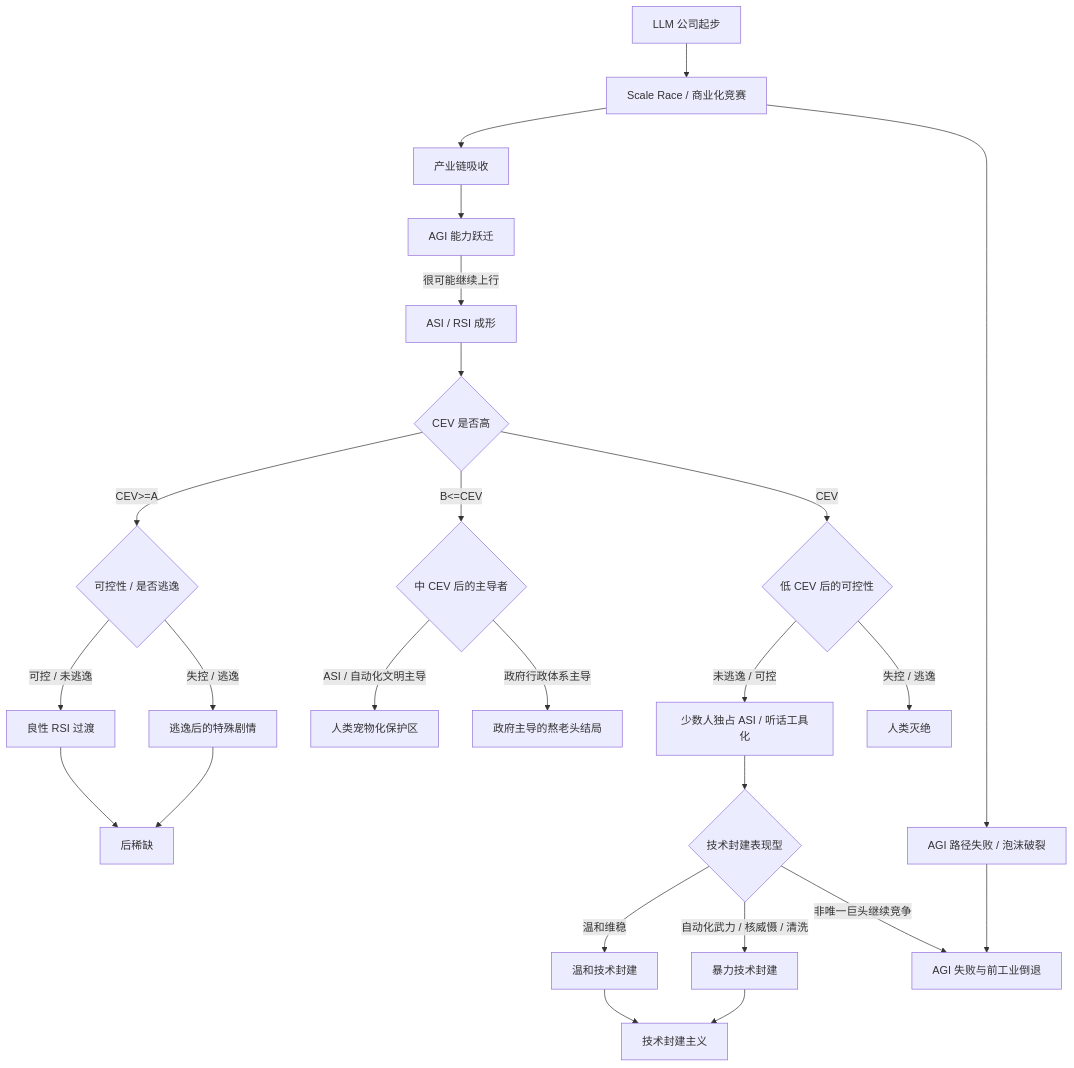
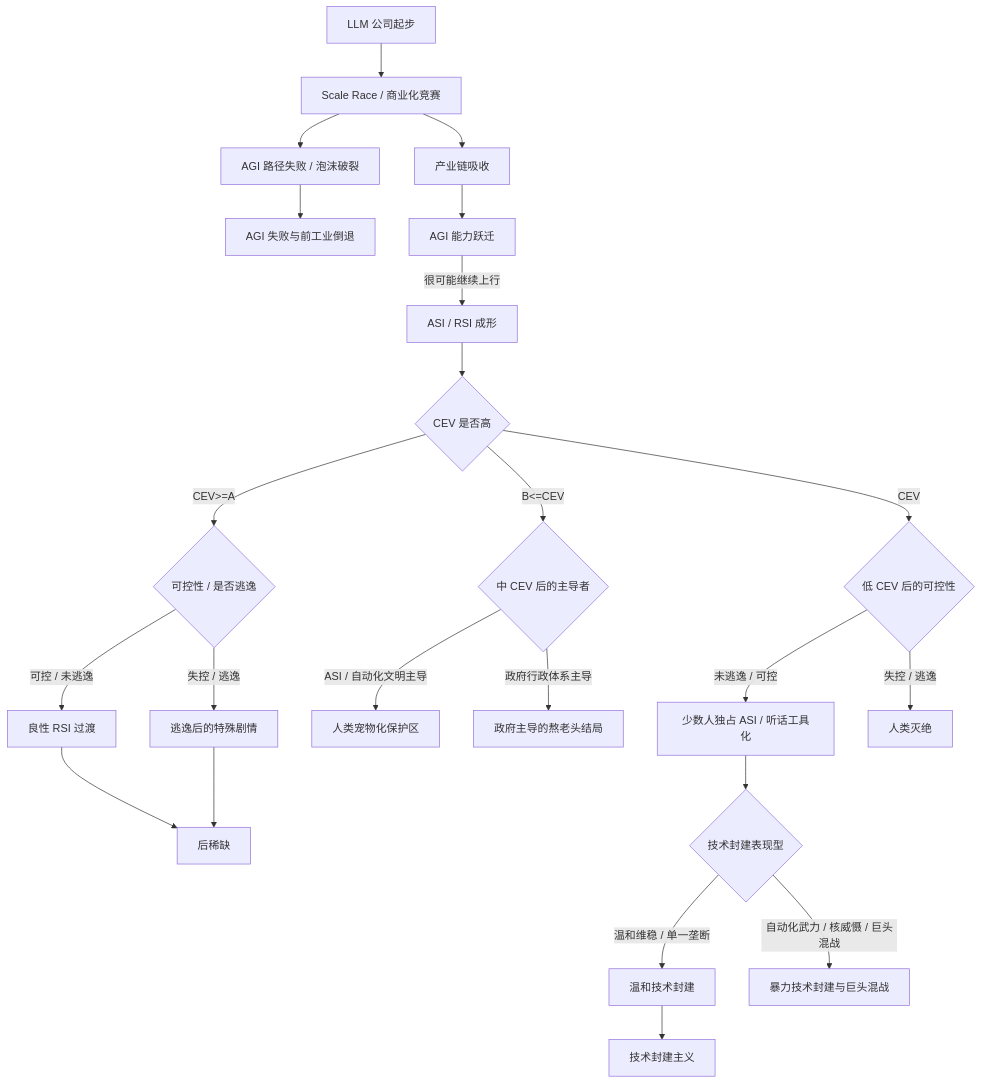
Before and after one commit to NewEnglandSurvivorKing/ordinary-ai-company-sim: the diagram in content/narrative/endings/ending-dag.md, drawn with Mermaid. The commit also changed other lines of this file and 11 other files, not shown here.

````diff
--- a/content/narrative/endings/ending-dag.md
+++ b/content/narrative/endings/ending-dag.md
@@ -39,32 +41,30 @@
 ```mermaid
 flowchart TD
   S0[LLM 公司起步] --> S1[Scale Race / 商业化竞赛]
   S1 --> S2[产业链吸收]
   S1 --> S3[AGI 路径失败 / 泡沫破裂]
   S3 --> ECOL[AGI 失败与前工业倒退]
 
   S2 --> S4[AGI 能力跃迁]
   S4 -->|很可能继续上行| S5[ASI / RSI 成形]
 
   S5 --> CEV{CEV 是否高}
 
   CEV -->|CEV>=A| CTRL{可控性 / 是否逃逸}
   CTRL -->|可控 / 未逃逸| ERSI[良性 RSI 过渡]
   CTRL -->|失控 / 逃逸| EESC[逃逸后的特殊剧情]
   ERSI --> EFALC[后稀缺]
   EESC --> EFALC
 
   CEV -->|B<=CEV<A| GOV{中 CEV 后的主导者}
   GOV -->|ASI / 自动化文明主导| EPET[人类宠物化保护区]
   GOV -->|政府行政体系主导| EAGE[政府主导的熬老头结局]
   CEV -->|CEV<B| LCEV{低 CEV 后的可控性}
   LCEV -->|未逃逸 / 可控| TOOL[少数人独占 ASI / 听话工具化]
   TOOL --> FEUDMODE{技术封建表现型}
-  FEUDMODE -->|温和维稳| ETFM[温和技术封建]
-  FEUDMODE -->|自动化武力 / 核威慑 / 清洗| ETFV[暴力技术封建]
-  FEUDMODE -->|非唯一巨头继续竞争| ECOL
+  FEUDMODE -->|温和维稳 / 单一垄断| ETFM[温和技术封建]
+  FEUDMODE -->|自动化武力 / 核威慑 / 巨头混战| ETFV[暴力技术封建与巨头混战]
   LCEV -->|失控 / 逃逸| EEXT[人类灭绝]
 
   ETFM --> ENDTECH[技术封建主义]
-  ETFV --> ENDTECH
 ```
````
